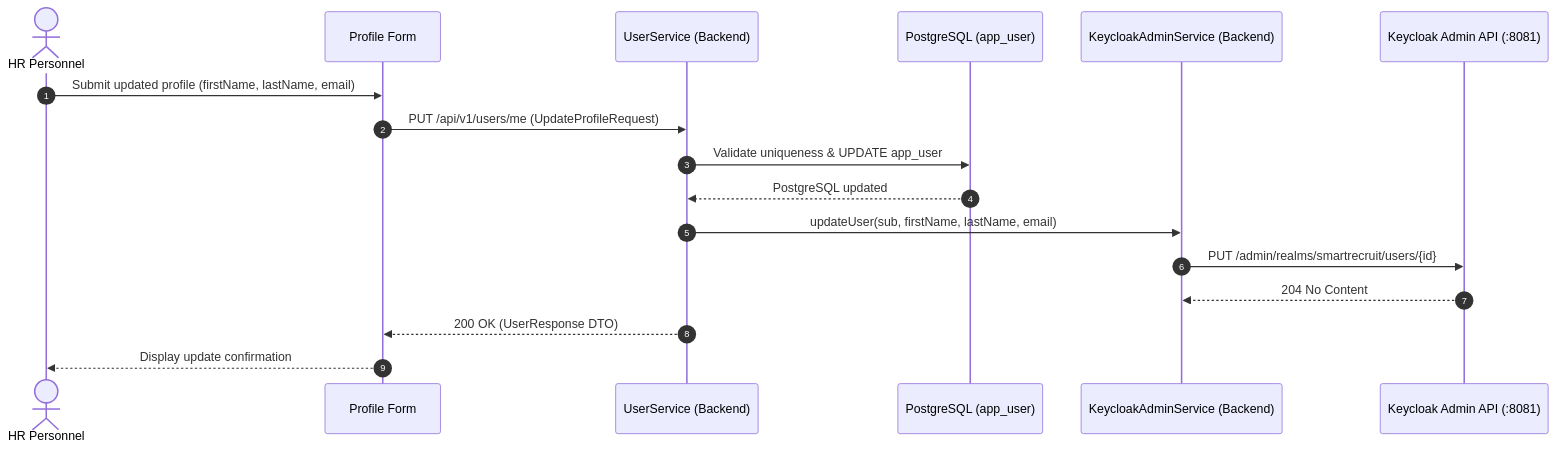
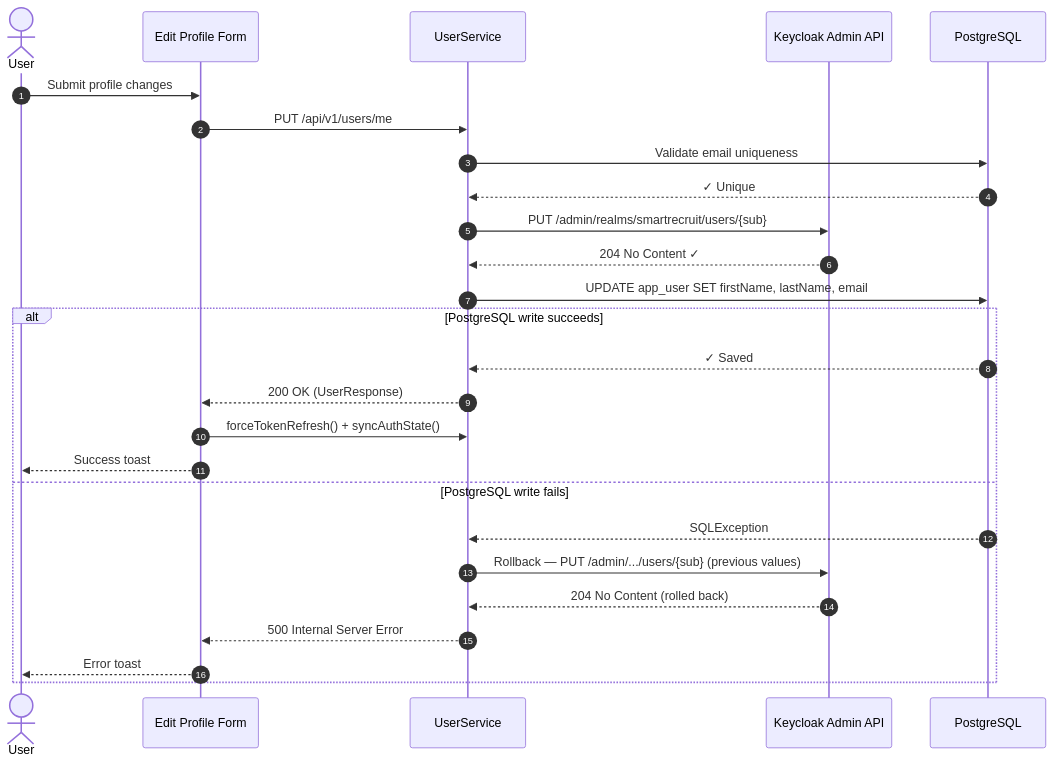
The third of 3 diagrams in docs/KEYCLOAK_AUTH.md (yousseftag/SmartRecruit), drawn with Mermaid before and after one commit. The commit also changed other lines of this file, not shown here.

Commit message:
docs(auth): update authentication architecture and synchronization model

````diff
--- a/docs/KEYCLOAK_AUTH.md
+++ b/docs/KEYCLOAK_AUTH.md
@@ -166,20 +283,31 @@
 ```mermaid
 sequenceDiagram
     autonumber
-    actor User as HR Personnel
-    participant Comp as Profile Form
-    participant UserSvc as UserService (Backend)
-    participant DB as PostgreSQL (app_user)
-    participant KcAdmin as KeycloakAdminService (Backend)
-    participant Keycloak as Keycloak Admin API (:8081)
+    actor User
+    participant Form as Edit Profile Form
+    participant Backend as UserService
+    participant KC as Keycloak Admin API
+    participant DB as PostgreSQL
 
-    User->>Comp: Submit updated profile (firstName, lastName, email)
-    Comp->>UserSvc: PUT /api/v1/users/me (UpdateProfileRequest)
-    UserSvc->>DB: Validate uniqueness & UPDATE app_user
-    DB-->>UserSvc: PostgreSQL updated
-    UserSvc->>KcAdmin: updateUser(sub, firstName, lastName, email)
-    KcAdmin->>Keycloak: PUT /admin/realms/smartrecruit/users/{id}
-    Keycloak-->>KcAdmin: 204 No Content
-    UserSvc-->>Comp: 200 OK (UserResponse DTO)
-    Comp-->>User: Display update confirmation
+    User->>Form: Submit profile changes
+    Form->>Backend: PUT /api/v1/users/me
+    Backend->>DB: Validate email uniqueness
+    DB-->>Backend: ✓ Unique
+
+    Backend->>KC: PUT /admin/realms/smartrecruit/users/{sub}
+    KC-->>Backend: 204 No Content ✓
+
+    Backend->>DB: UPDATE app_user SET firstName, lastName, email
+    alt PostgreSQL write succeeds
+        DB-->>Backend: ✓ Saved
+        Backend-->>Form: 200 OK (UserResponse)
+        Form->>Backend: forceTokenRefresh() + syncAuthState()
+        Form-->>User: Success toast
+    else PostgreSQL write fails
+        DB-->>Backend: SQLException
+        Backend->>KC: Rollback — PUT /admin/.../users/{sub} (previous values)
+        KC-->>Backend: 204 No Content (rolled back)
+        Backend-->>Form: 500 Internal Server Error
+        Form-->>User: Error toast
+    end
 ```
````
